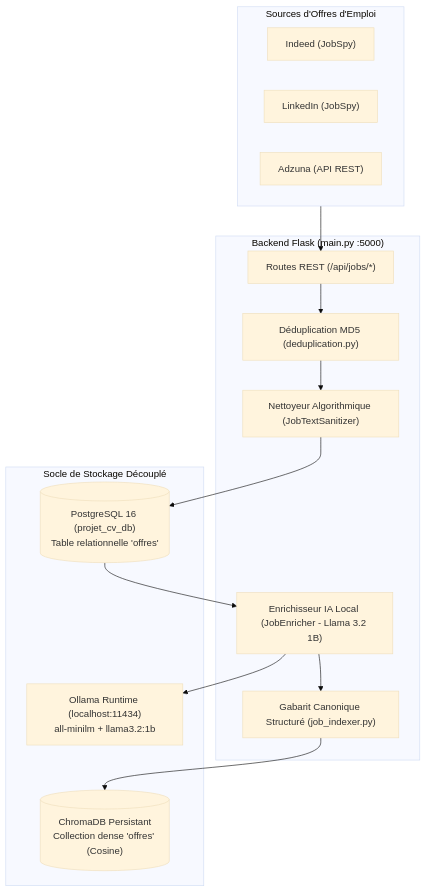
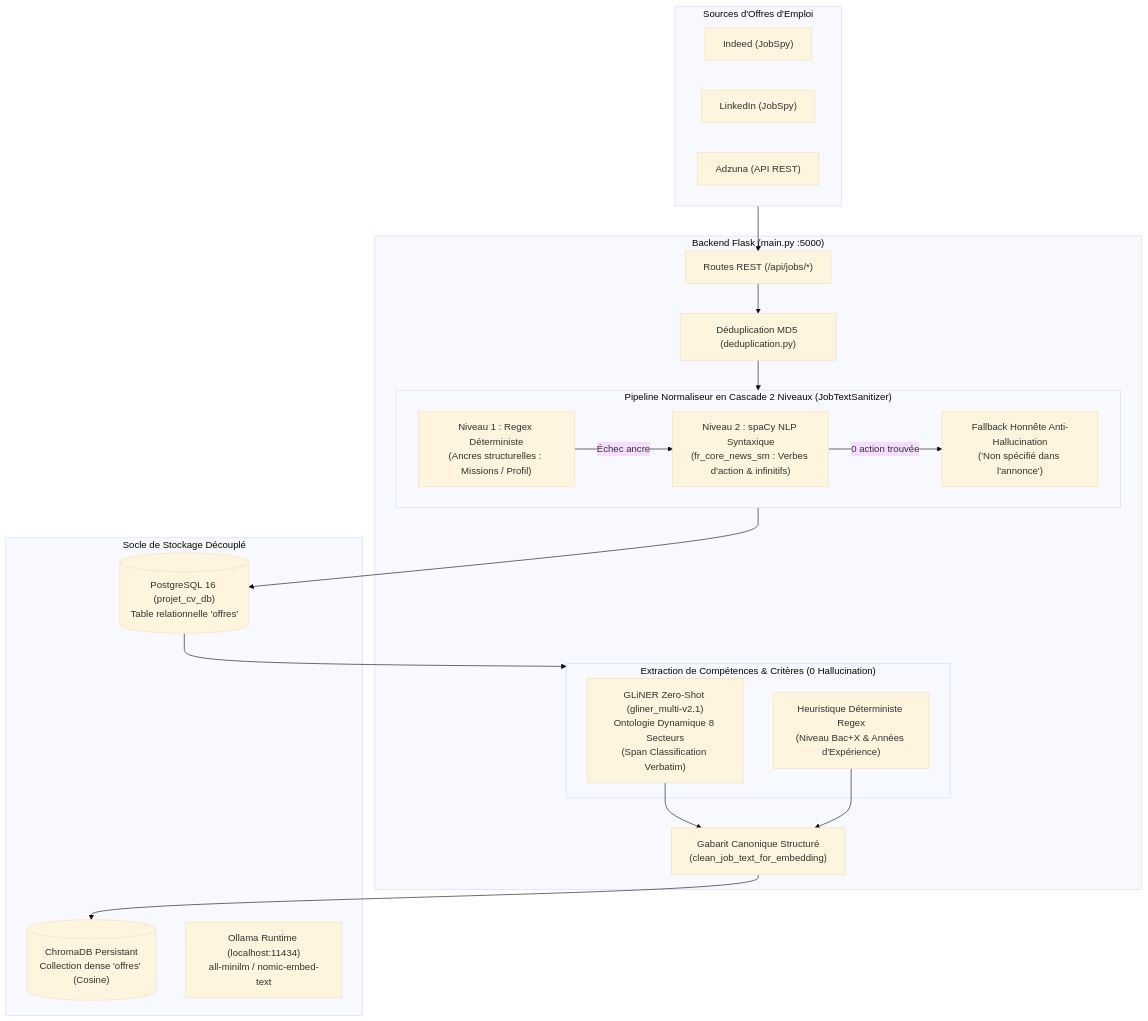
Before and after one commit to an-Steve/Recommandation-automatis-e-d-offres-d-emploi-par-analyse-s-mantique-de-CV-: the diagram in README.md, drawn with Mermaid (base theme). The commit also changed other lines of this file, not shown here.

Commit message:
docs(readme): integrer l'architecture complete gliner, spacy et guides de migration

````diff
--- a/README.md
+++ b/README.md
@@ -14,27 +21,40 @@
 ```mermaid
 flowchart TD
     subgraph SOURCES["Sources d'Offres d'Emploi"]
         IND["Indeed (JobSpy)"]
         LNK["LinkedIn (JobSpy)"]
         ADZ["Adzuna (API REST)"]
     end
 
     subgraph BACKEND["Backend Flask (main.py :5000)"]
         API["Routes REST (/api/jobs/*)"]
         DEDUP["Déduplication MD5 (deduplication.py)"]
-        SAN["Nettoyeur Algorithmique (JobTextSanitizer)"]
-        ENRICH["Enrichisseur IA Local (JobEnricher - Llama 3.2 1B)"]
-        CANON["Gabarit Canonique Structuré (job_indexer.py)"]
+        
+        subgraph CASCADE["Pipeline Normaliseur en Cascade 2 Niveaux (JobTextSanitizer)"]
+            T1["Niveau 1 : Regex Déterministe\n(Ancres structurelles : Missions / Profil)"]
+            T2["Niveau 2 : spaCy NLP Syntaxique\n(fr_core_news_sm : Verbes d'action & infinitifs)"]
+            FALL["Fallback Honnête Anti-Hallucination\n('Non spécifié dans l'annonce')"]
+            T1 -->|Échec ancre| T2 -->|0 action trouvée| FALL
+        end
+        
+        subgraph EXTRACT["Extraction de Compétences & Critères (0 Hallucination)"]
+            GLIN["GLiNER Zero-Shot (gliner_multi-v2.1)\nOntologie Dynamique 8 Secteurs\n(Span Classification Verbatim)"]
+            HEUR["Heuristique Déterministe Regex\n(Niveau Bac+X & Années d'Expérience)"]
+        end
+        
+        CANON["Gabarit Canonique Structuré\n(clean_job_text_for_embedding)"]
     end
 
     subgraph STORAGE["Socle de Stockage Découplé"]
         PG[("PostgreSQL 16 (projet_cv_db)\nTable relationnelle 'offres'")]
         CHROMA[("ChromaDB Persistant\nCollection dense 'offres' (Cosine)")]
-        OLLAMA["Ollama Runtime (localhost:11434)\nall-minilm + llama3.2:1b"]
+        OLLAMA["Ollama Runtime (localhost:11434)\nall-minilm / nomic-embed-text"]
     end
 
     SOURCES --> API
-    API --> DEDUP --> SAN --> PG
-    PG --> ENRICH --> OLLAMA
-    ENRICH --> CANON --> CHROMA
+    API --> DEDUP --> CASCADE --> PG
+    PG --> EXTRACT
+    GLIN --> CANON
+    HEUR --> CANON
+    CANON --> CHROMA
 ```
````
